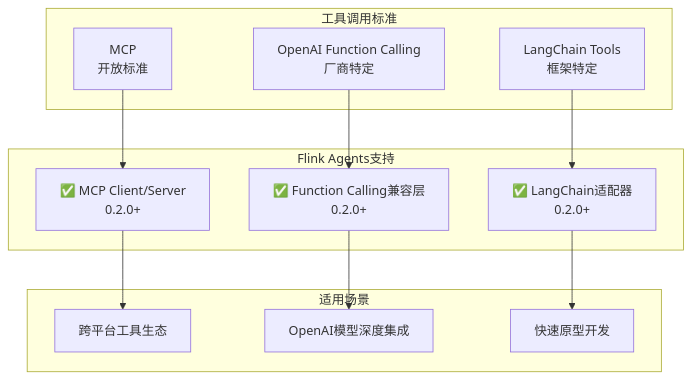
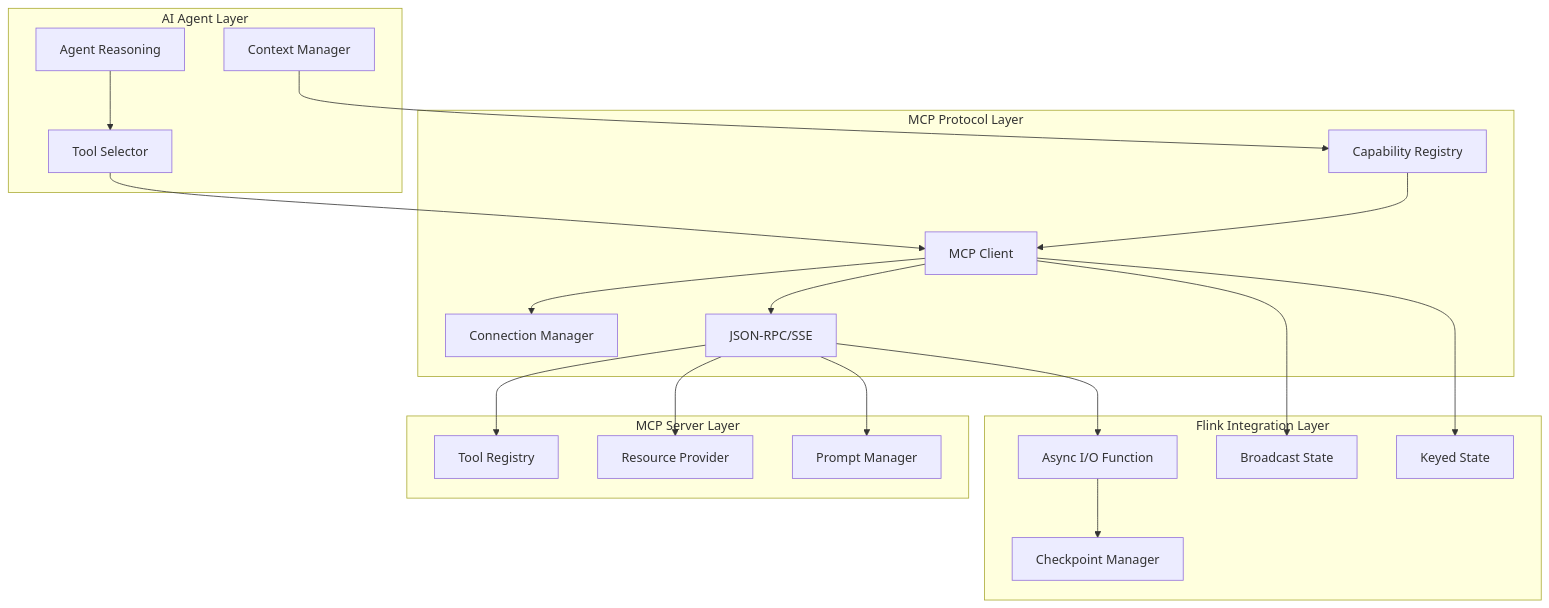
Before and after one commit to AdaMartin18010/AnalysisDataFlow: the first of 4 diagrams in Flink/06-ai-ml/flink-agents-mcp-integration.md, drawn with Mermaid. The commit also changed other lines of this file and 259 other files, not shown here.

````diff
--- a/Flink/06-ai-ml/flink-agents-mcp-integration.md
+++ b/Flink/06-ai-ml/flink-agents-mcp-integration.md
@@ -241,28 +132,45 @@
 ```mermaid
 graph TB
-    subgraph Standards["工具调用标准"]
-        MCP[MCP<br/>开放标准]
-        FC[OpenAI Function Calling<br/>厂商特定]
-        LC[LangChain Tools<br/>框架特定]
+    subgraph "AI Agent Layer"
+        A1[Agent Reasoning]
+        A2[Tool Selector]
+        A3[Context Manager]
     end
-
-    subgraph Flink["Flink Agents支持"]
-        F1[✅ MCP Client/Server<br/>0.2.0+]
-        F2[✅ Function Calling兼容层<br/>0.2.0+]
-        F3[✅ LangChain适配器<br/>0.2.0+]
+    
+    subgraph "MCP Protocol Layer"
+        M1[MCP Client]
+        M2[Capability Registry]
+        M3[Connection Manager]
+        M4[JSON-RPC/SSE]
     end
-
-    subgraph UseCases["适用场景"]
-        U1[跨平台工具生态]
-        U2[OpenAI模型深度集成]
-        U3[快速原型开发]
+    
+    subgraph "Flink Integration Layer"
+        F1[Async I/O Function]
+        F2[Broadcast State]
+        F3[Keyed State]
+        F4[Checkpoint Manager]
     end
-
-    MCP --> F1
-    FC --> F2
-    LC --> F3
-
-    F1 --> U1
-    F2 --> U2
-    F3 --> U3
+    
+    subgraph "MCP Server Layer"
+        S1[Tool Registry]
+        S2[Resource Provider]
+        S3[Prompt Manager]
+    end
+    
+    A1 --> A2
+    A2 --> M1
+    A3 --> M2
+    
+    M1 --> M3
+    M1 --> M4
+    M2 --> M1
+    
+    M4 --> F1
+    M1 --> F2
+    M1 --> F3
+    F1 --> F4
+    
+    M4 --> S1
+    M4 --> S2
+    M4 --> S3
 ```
````
